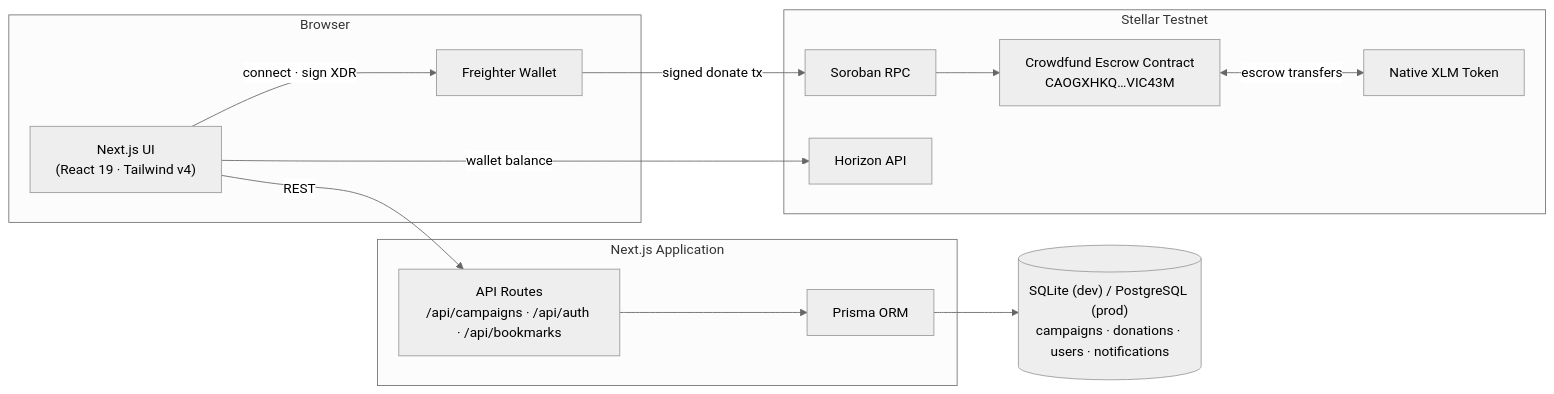
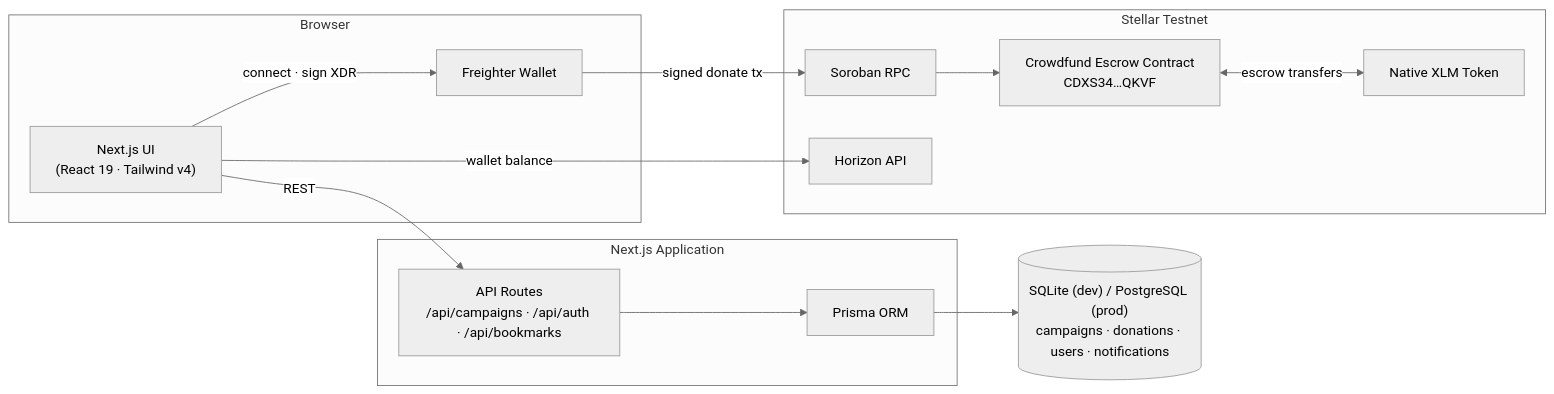
One commit to mathsphile/ComFundX changed the diagram in README.md. Above: the diagram before and after it, drawn with Mermaid (neutral theme). The commit also changed other lines of this file and 70 other files, not shown here.

````diff
--- a/README.md
+++ b/README.md
@@ -13,28 +13,28 @@
 ```mermaid
 flowchart LR
     subgraph Browser
         UI["Next.js UI<br/>(React 19 · Tailwind v4)"]
         FW["Freighter Wallet"]
     end
 
     subgraph App["Next.js Application"]
         API["API Routes<br/>/api/campaigns · /api/auth · /api/bookmarks"]
         ORM["Prisma ORM"]
     end
 
     DB[("SQLite (dev) / PostgreSQL (prod)<br/>campaigns · donations · users · notifications")]
 
     subgraph StellarNet["Stellar Testnet"]
         RPC["Soroban RPC"]
-        C["Crowdfund Escrow Contract<br/>CAOGXHKQ…VIC43M"]
+        C["Crowdfund Escrow Contract<br/>CDXS34…QKVF"]
         XLM["Native XLM Token"]
         H["Horizon API"]
     end
 
     UI -->|REST| API
     API --> ORM --> DB
     UI -->|connect · sign XDR| FW
     FW -->|signed donate tx| RPC --> C
     C <-->|escrow transfers| XLM
     UI -->|wallet balance| H
 ```
````
